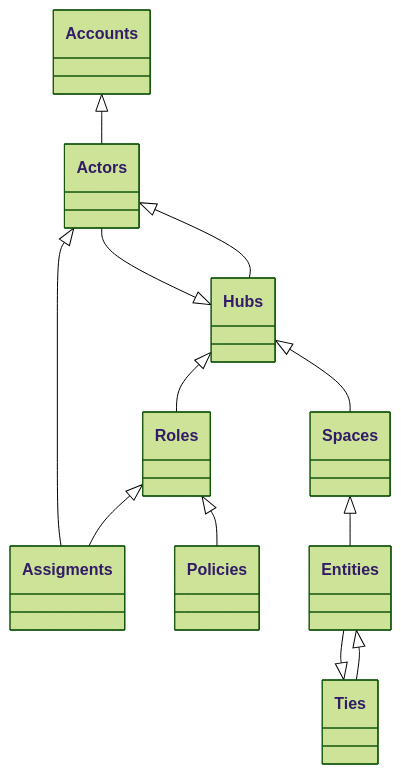
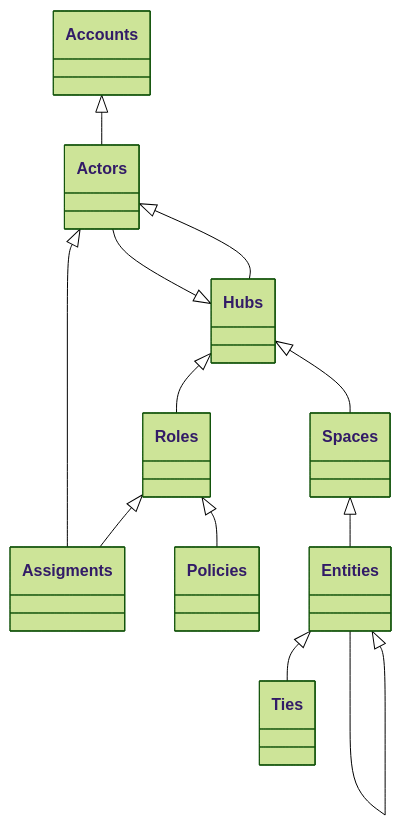
The diagram in src/docs/data-model.md (getloom/loom), drawn with Mermaid (forest theme) before and after one commit. The commit also changed other lines of this file, not shown here.

Commit message:
fix data model diagram (#863)

````diff
--- a/src/docs/data-model.md
+++ b/src/docs/data-model.md
@@ -5,14 +5,14 @@
 ```mermaid
     classDiagram
         Accounts <|-- Actors
         Actors <|-- Hubs
         Hubs <|-- Actors
         Hubs <|-- Roles
         Roles <|-- Assigments
         Actors <|-- Assigments
         Roles <|-- Policies
         Hubs <|-- Spaces
         Spaces <|-- Entities
+        Entities <|-- Entities
         Entities <|-- Ties
-        Ties <|-- Entities
 ```
````
